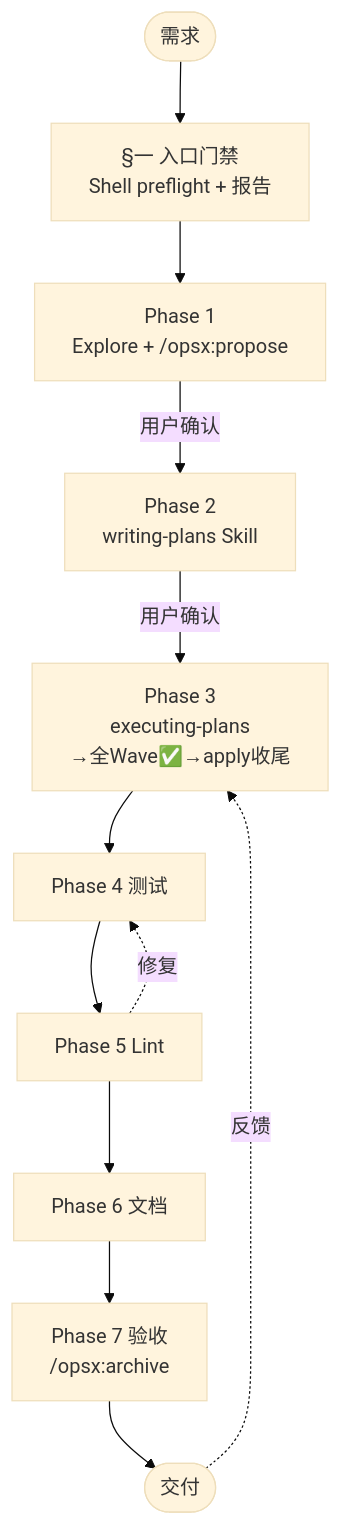
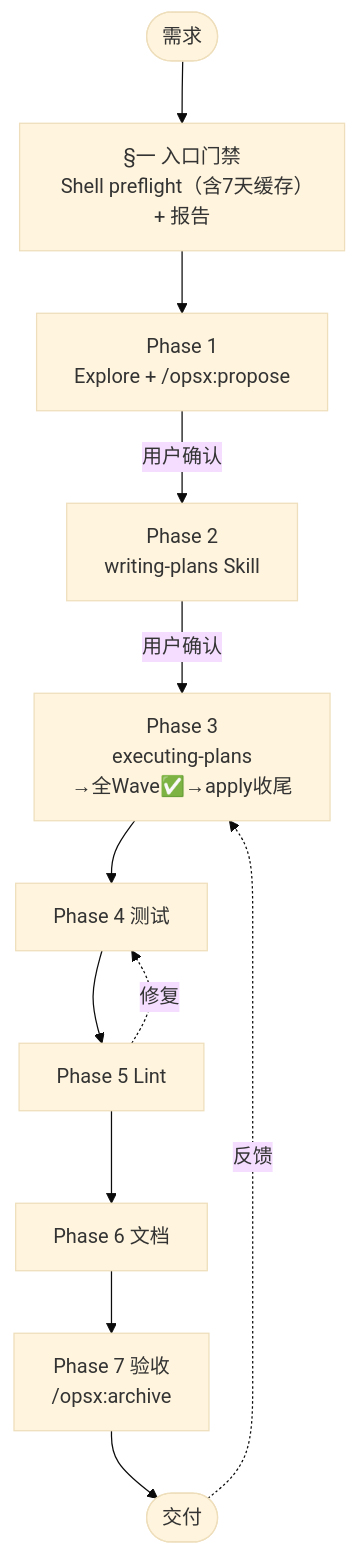
Before and after one commit to zzsen/coding-skills: the diagram in skills/dev-lifecycle/README.md, drawn with Mermaid (base theme). The commit also changed other lines of this file and 9 other files, not shown here.

````diff
--- a/skills/dev-lifecycle/README.md
+++ b/skills/dev-lifecycle/README.md
@@ -91,14 +94,14 @@
 ```mermaid
 flowchart TD
-    Start([需求]) --> Gate["§一 入口门禁\nShell preflight + 报告"]
+    Start([需求]) --> Gate["§一 入口门禁\nShell preflight（含7天缓存）+ 报告"]
     Gate --> P1["Phase 1\nExplore + /opsx:propose"]
     P1 -->|用户确认| P2["Phase 2\nwriting-plans Skill"]
     P2 -->|用户确认| P3["Phase 3\nexecuting-plans\n→全Wave✅→apply收尾"]
     P3 --> P4[Phase 4 测试]
     P4 --> P5[Phase 5 Lint]
     P5 --> P6[Phase 6 文档]
     P6 --> P7["Phase 7 验收\n/opsx:archive"]
     P7 --> Done([交付])
     Done -.->|反馈| P3
     P5 -.->|修复| P4
 ```
````
